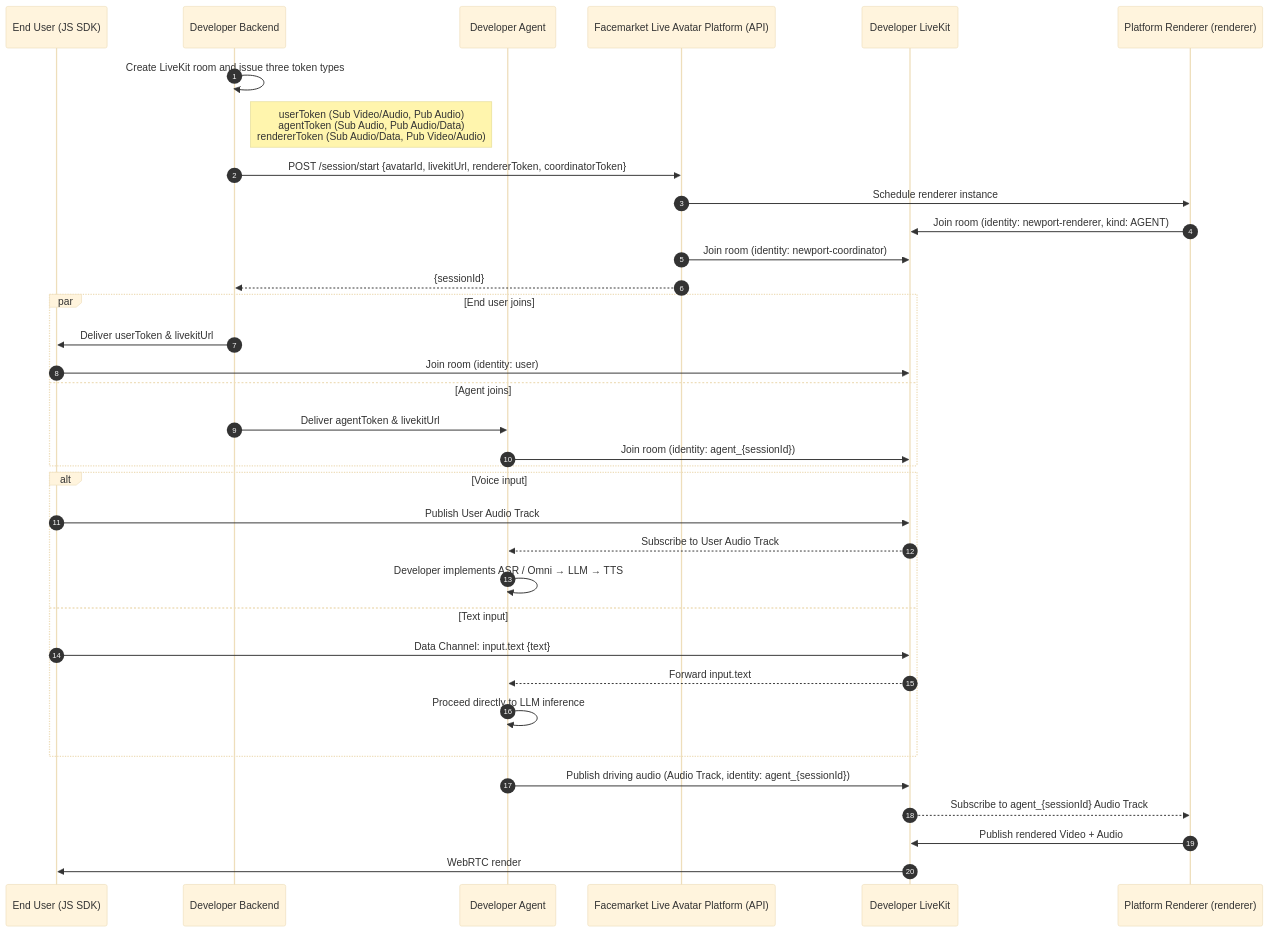
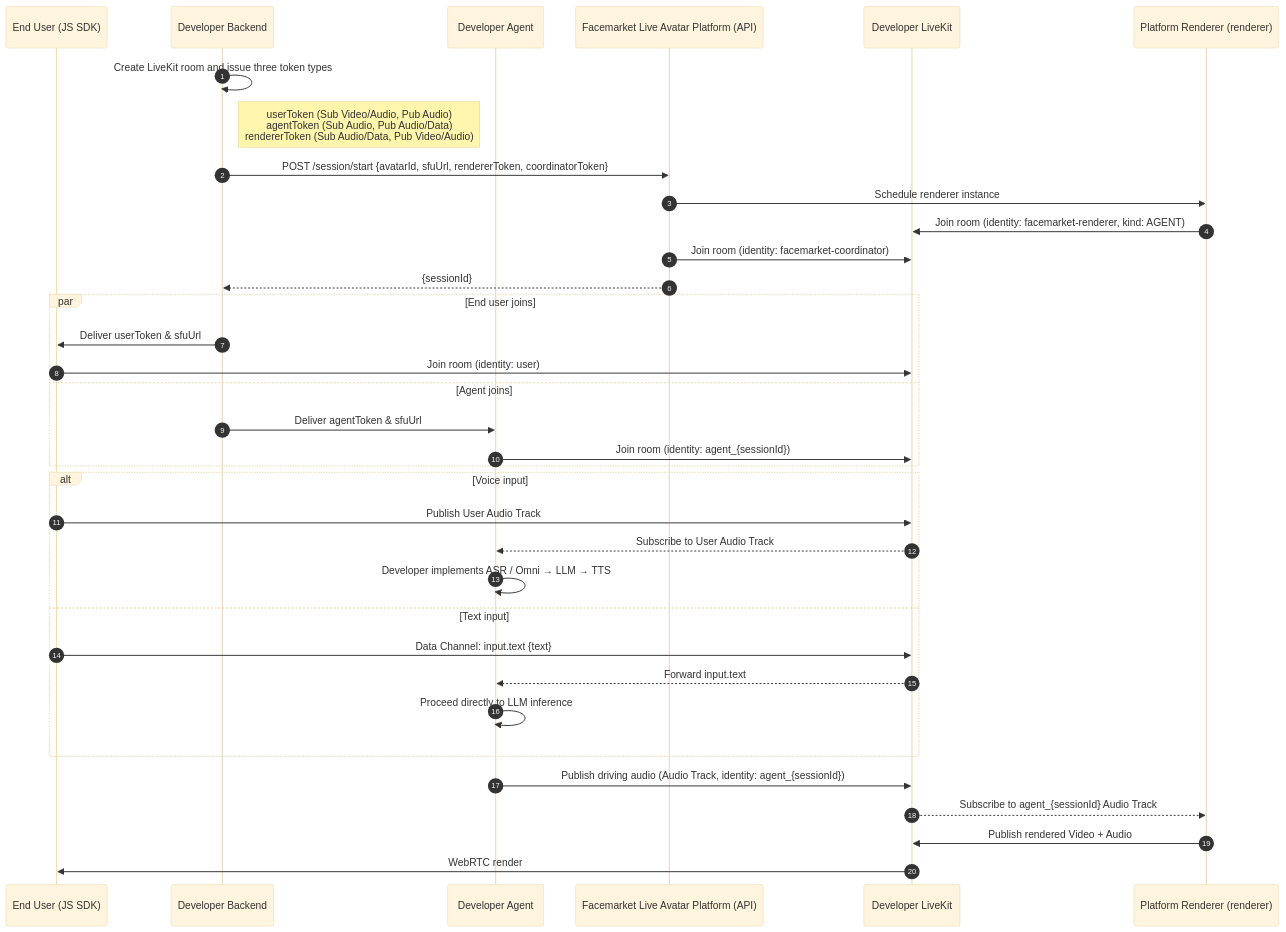
The fifth of 5 diagrams in Live Avatar Integration Guide.md (newportAI-lab/liveavatar-integration-guide), drawn with Mermaid (base theme) before and after one commit. The commit also changed other lines of this file, not shown here.

Commit message:
Update Live Avatar Integration Guide.md

````diff
--- a/Live Avatar Integration Guide.md
+++ b/Live Avatar Integration Guide.md
@@ -552,42 +527,42 @@
 ```mermaid
 sequenceDiagram
     autonumber
     participant Client as End User (JS SDK)
     participant Backend as Developer Backend
     participant Agent as Developer Agent
     participant Platform as Facemarket Live Avatar Platform (API)
     participant DevLiveKit as Developer LiveKit
     participant Renderer as Platform Renderer (renderer)
 
     Backend->>Backend: Create LiveKit room and issue three token types
     Note right of Backend: userToken (Sub Video/Audio, Pub Audio)<br/>agentToken (Sub Audio, Pub Audio/Data)<br/>rendererToken (Sub Audio/Data, Pub Video/Audio)
 
-    Backend->>Platform: POST /session/start {avatarId, livekitUrl, rendererToken, coordinatorToken}
+    Backend->>Platform: POST /session/start {avatarId, sfuUrl, rendererToken, coordinatorToken}
     Platform->>Renderer: Schedule renderer instance
-    Renderer->>DevLiveKit: Join room (identity: newport-renderer, kind: AGENT)
-    Platform->>DevLiveKit: Join room (identity: newport-coordinator)
+    Renderer->>DevLiveKit: Join room (identity: facemarket-renderer, kind: AGENT)
+    Platform->>DevLiveKit: Join room (identity: facemarket-coordinator)
     Platform-->>Backend: {sessionId}
 
     par End user joins
-        Backend->>Client: Deliver userToken & livekitUrl
+        Backend->>Client: Deliver userToken & sfuUrl
         Client->>DevLiveKit: Join room (identity: user)
     and Agent joins
-        Backend->>Agent: Deliver agentToken & livekitUrl
+        Backend->>Agent: Deliver agentToken & sfuUrl
         Agent->>DevLiveKit: Join room (identity: agent_{sessionId})
     end
 
     alt Voice input
         Client->>DevLiveKit: Publish User Audio Track
         DevLiveKit-->>Agent: Subscribe to User Audio Track
         Agent->>Agent: Developer implements ASR / Omni → LLM → TTS
     else Text input
         Client->>DevLiveKit: Data Channel: input.text {text}
         DevLiveKit-->>Agent: Forward input.text
         Agent->>Agent: Proceed directly to LLM inference
     end
 
     Agent->>DevLiveKit: Publish driving audio (Audio Track, identity: agent_{sessionId})
     DevLiveKit-->>Renderer: Subscribe to agent_{sessionId} Audio Track
     Renderer->>DevLiveKit: Publish rendered Video + Audio
     DevLiveKit->>Client: WebRTC render
 ```
````
